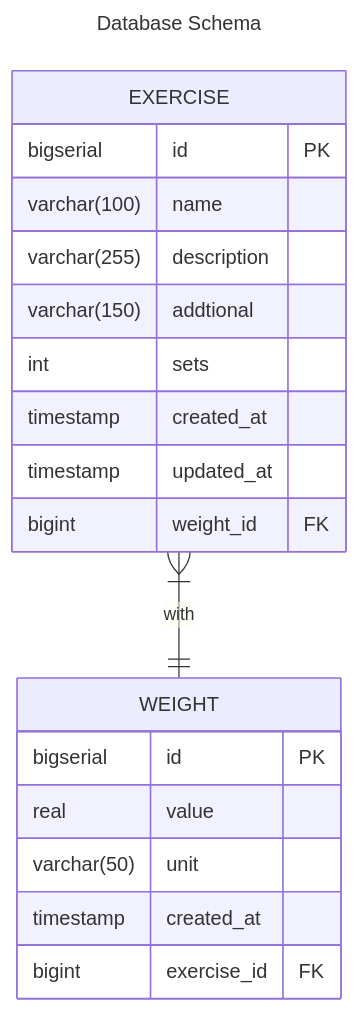
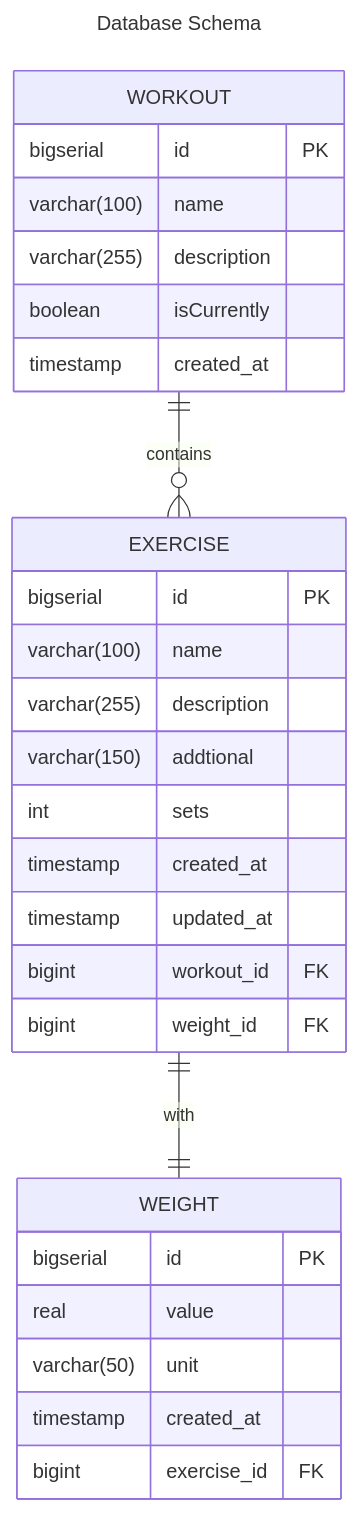
One commit to Edson-Mendes/workout-tracker changed the diagram in README.md. Above: the diagram before and after it, drawn with Mermaid.

````diff
--- a/README.md
+++ b/README.md
@@ -16,24 +16,33 @@
 ```mermaid
 ---
     title: Database Schema
 ---
     erDiagram
+        WORKOUT {
+            bigserial id PK
+            varchar(100) name
+            varchar(255) description
+            boolean isCurrently
+            timestamp created_at
+        }
         EXERCISE {
             bigserial id PK
             varchar(100) name
             varchar(255) description
             varchar(150) addtional
             int sets
             timestamp created_at
             timestamp updated_at
+            bigint workout_id FK
             bigint weight_id FK
         }
         WEIGHT {
             bigserial id PK
             real value
             varchar(50) unit
             timestamp created_at
             bigint exercise_id FK
         }
-        EXERCISE }|--|| WEIGHT : with
+        WORKOUT ||--o{ EXERCISE : contains
+        EXERCISE ||--|| WEIGHT : with
 ```
````
